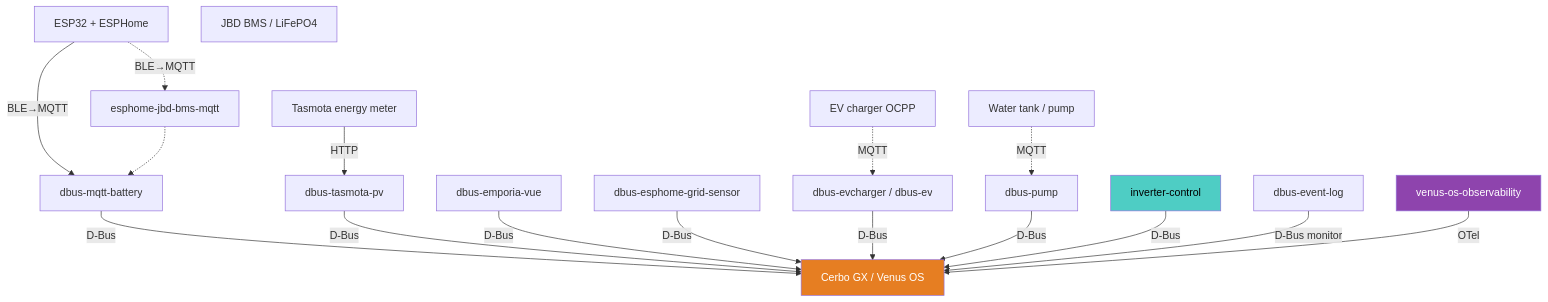
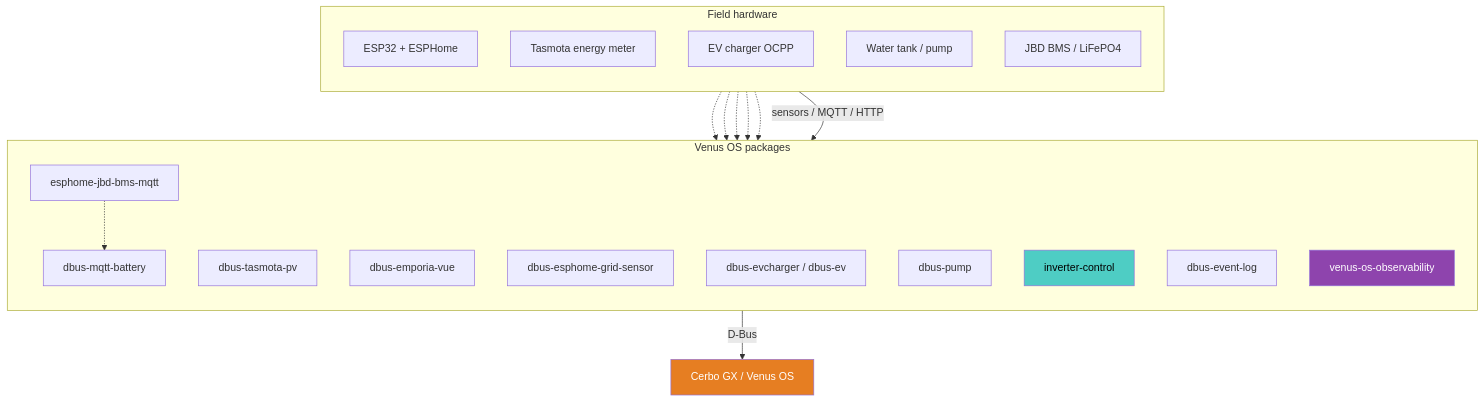
Before and after one commit to victron-venus/.github: the first of 3 diagrams in docs/architecture.md, drawn with Mermaid. The commit also changed other lines of this file, not shown here.

Commit message:
docs: split architecture into narrow vertical diagrams (#22)
* docs: split architecture into narrow vertical Mermaid diagrams

One wide TB/LR graph still fit-to-width on GitHub. Replace with three
tall, narrow flowcharts (plant→Cerbo, MQTT→UIs, RAG) and a table for
disconnected Dev & ops repos.

* docs: make split architecture diagrams vertically stacked

Use direction TB inside Field/Packages/Publishers/Consumers subgraphs
and single spine edges so GitHub fit-to-width stays tall and readable.

````diff
--- a/docs/architecture.md
+++ b/docs/architecture.md
@@ -13,35 +11,39 @@
 ```mermaid
 flowchart TB
-    ESP["ESP32 + ESPHome"]
-    TAS["Tasmota energy meter"]
-    EVCHG["EV charger OCPP"]
-    PUMP["Water tank / pump"]
-    BMS["JBD BMS / LiFePO4"]
+    subgraph Field["Field hardware"]
+        direction TB
+        ESP["ESP32 + ESPHome"]
+        TAS["Tasmota energy meter"]
+        EVCHG["EV charger OCPP"]
+        PUMP["Water tank / pump"]
+        BMS["JBD BMS / LiFePO4"]
+    end
 
-    ESP -->|"BLE→MQTT"| BM["dbus-mqtt-battery"]
-    ESP -.->|"BLE→MQTT"| ESPH["esphome-jbd-bms-mqtt"]
+    subgraph Pkgs["Venus OS packages"]
+        direction TB
+        BM["dbus-mqtt-battery"]
+        PV["dbus-tasmota-pv"]
+        EMP["dbus-emporia-vue"]
+        GRD["dbus-esphome-grid-sensor"]
+        EV["dbus-evcharger / dbus-ev"]
+        PMP["dbus-pump"]
+        IC["inverter-control"]
+        EL["dbus-event-log"]
+        OBS["venus-os-observability"]
+        ESPH["esphome-jbd-bms-mqtt"]
+    end
+
+    Field -->|"sensors / MQTT / HTTP"| Pkgs
+    Pkgs -->|"D-Bus"| CERBO["Cerbo GX / Venus OS"]
+
+    ESP -.-> BM
+    ESP -.-> ESPH
     ESPH -.-> BM
-    TAS -->|"HTTP"| PV["dbus-tasmota-pv"]
-    EVCHG -.->|"MQTT"| EV["dbus-evcharger / dbus-ev"]
-    PUMP -.->|"MQTT"| PMP["dbus-pump"]
-
-    EMP["dbus-emporia-vue"]
-    GRD["dbus-esphome-grid-sensor"]
-    IC["inverter-control"]
-    EL["dbus-event-log"]
-    OBS["venus-os-observability"]
-
-    BM -->|"D-Bus"| CERBO["Cerbo GX / Venus OS"]
-    PV -->|"D-Bus"| CERBO
-    EMP -->|"D-Bus"| CERBO
-    GRD -->|"D-Bus"| CERBO
-    EV -->|"D-Bus"| CERBO
-    PMP -->|"D-Bus"| CERBO
-    IC -->|"D-Bus"| CERBO
-    EL -->|"D-Bus monitor"| CERBO
-    OBS -->|"OTel"| CERBO
+    TAS -.-> PV
+    EVCHG -.-> EV
+    PUMP -.-> PMP
 
     style CERBO fill:#e67e22,color:#fff
     style IC fill:#4ecdc4,color:#000
     style OBS fill:#8e44ad,color:#fff
 ```
````
